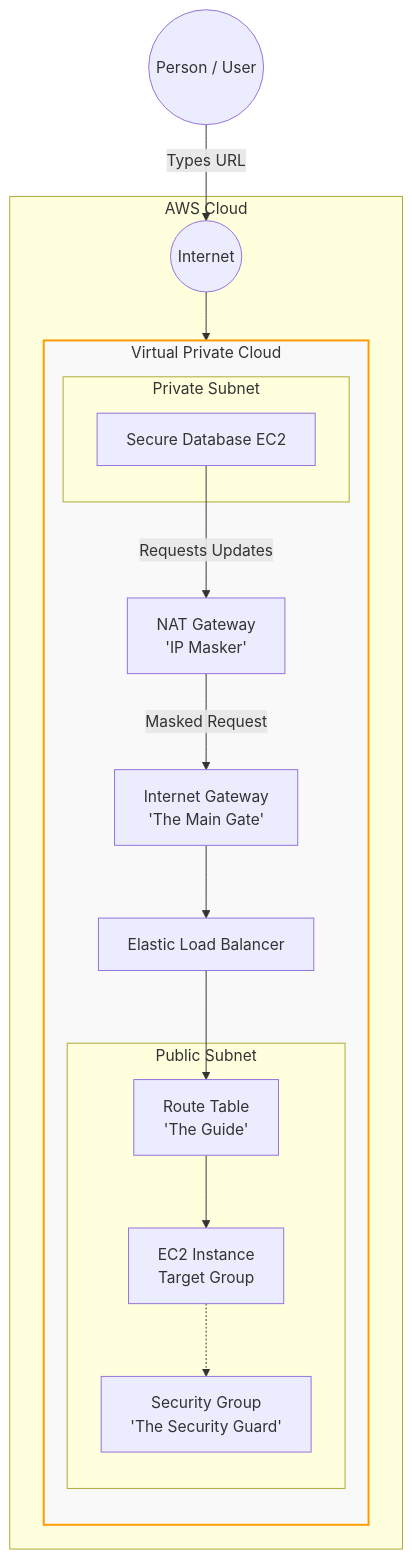
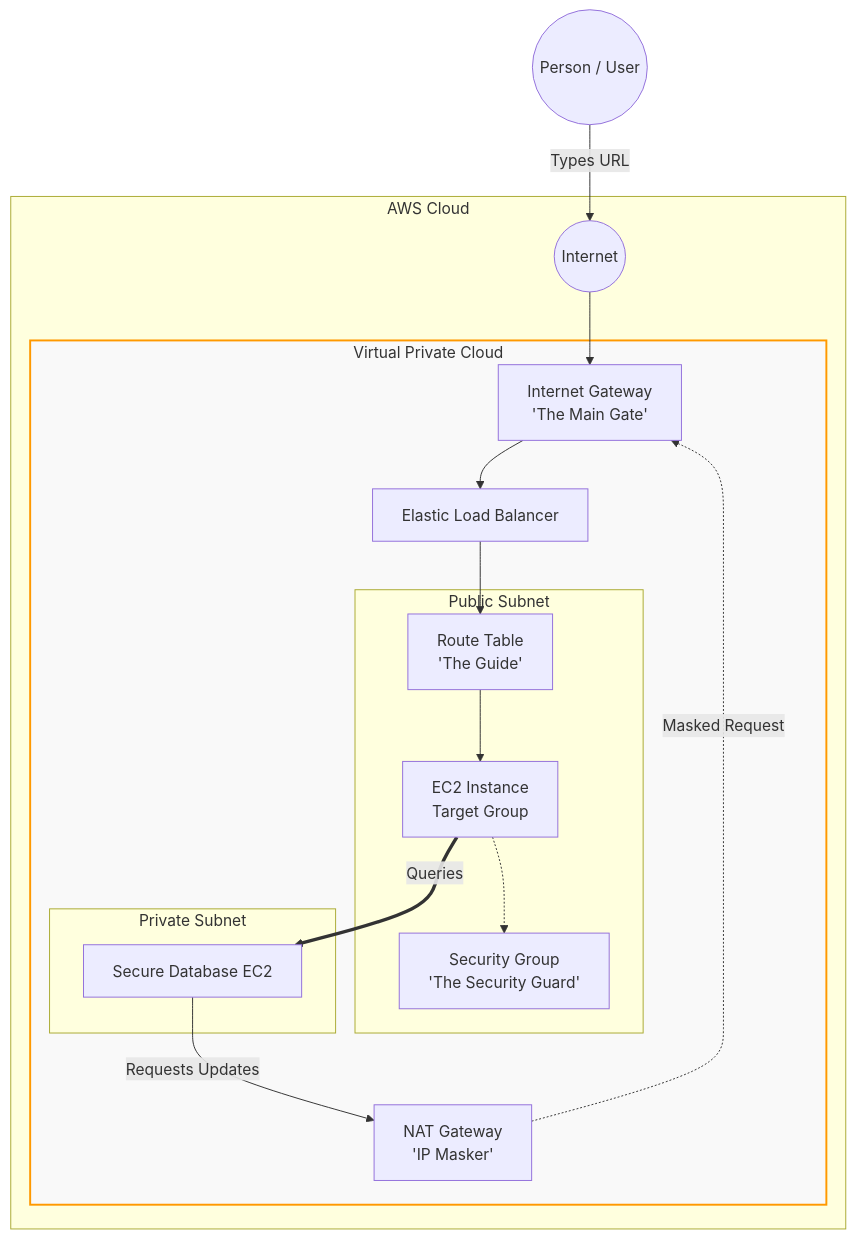
One commit to SIVAGORAM/devops-zero-to-hero changed the diagram in 05-AWS/Day-04-AWS-VPC.md. Above: the diagram before and after it, drawn with Mermaid.

Commit message:
feat: add documentation for AWS VPC concepts and architectural flow

````diff
--- a/05-AWS/Day-04-AWS-VPC.md
+++ b/05-AWS/Day-04-AWS-VPC.md
@@ -105,30 +105,31 @@
 ```mermaid
 flowchart TD
     User((Person / User)) -->|Types URL| Internet((Internet))
     
     subgraph AWS_Cloud [AWS Cloud]
         Internet --> IGW[Internet Gateway<br/>'The Main Gate']
         
         subgraph Your_VPC [Virtual Private Cloud]
-            direction TB
             IGW --> ELB[Elastic Load Balancer]
             ELB --> RT[Route Table<br/>'The Guide']
             
             subgraph Public_Subnet [Public Subnet]
                 RT --> App[EC2 Instance<br/>Target Group]
                 App -.-> SG[Security Group<br/>'The Security Guard']
             end
             
             subgraph Private_Subnet [Private Subnet]
                 DB[Secure Database EC2]
             end
             
+            App ==>|Queries| DB
+            
             NAT[NAT Gateway<br/>'IP Masker']
             DB -->|Requests Updates| NAT
-            NAT -->|Masked Request| IGW
+            NAT -.->|Masked Request| IGW
         end
     end
 
     classDef vpc fill:#f9f9f9,stroke:#ff9900,stroke-width:2px;
     class Your_VPC vpc;
 ```
````
